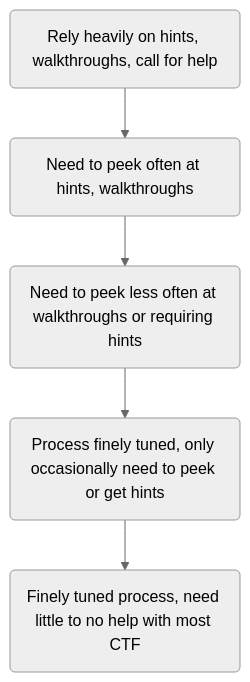
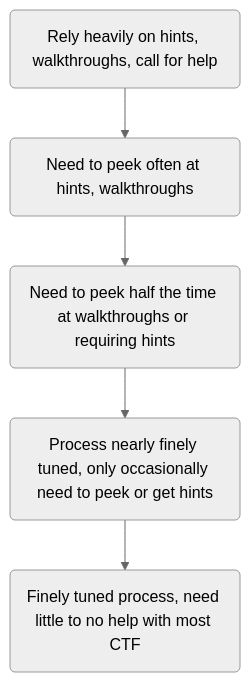
One commit to nicholas-yjtang/random-notes changed the second of 2 diagrams in Walkthroughs.md. Above: the diagram before and after it, drawn with Mermaid (neutral theme).

Commit message:
made the progressive flowchart clearer

````diff
--- a/Walkthroughs.md
+++ b/Walkthroughs.md
@@ -214,13 +214,13 @@
 ```mermaid
 
 flowchart TD
 	rely(Rely heavily on hints, walkthroughs, call for help)
 	peekmore(Need to peek often at hints, walkthroughs)
-	peeksome(Need to peek less often at walkthroughs or requiring hints)
-	peekless(Process finely tuned, only occasionally need to peek or get hints)
+	peeksome(Need to peek half the time at walkthroughs or requiring hints)
+	peekless(Process nearly finely tuned, only occasionally need to peek or get hints)
 	blind(Finely tuned process, need little to no help with most CTF)
 	rely --> peekmore
 	peekmore --> peeksome
 	peeksome --> peekless
 	peekless --> blind
 ```
````
